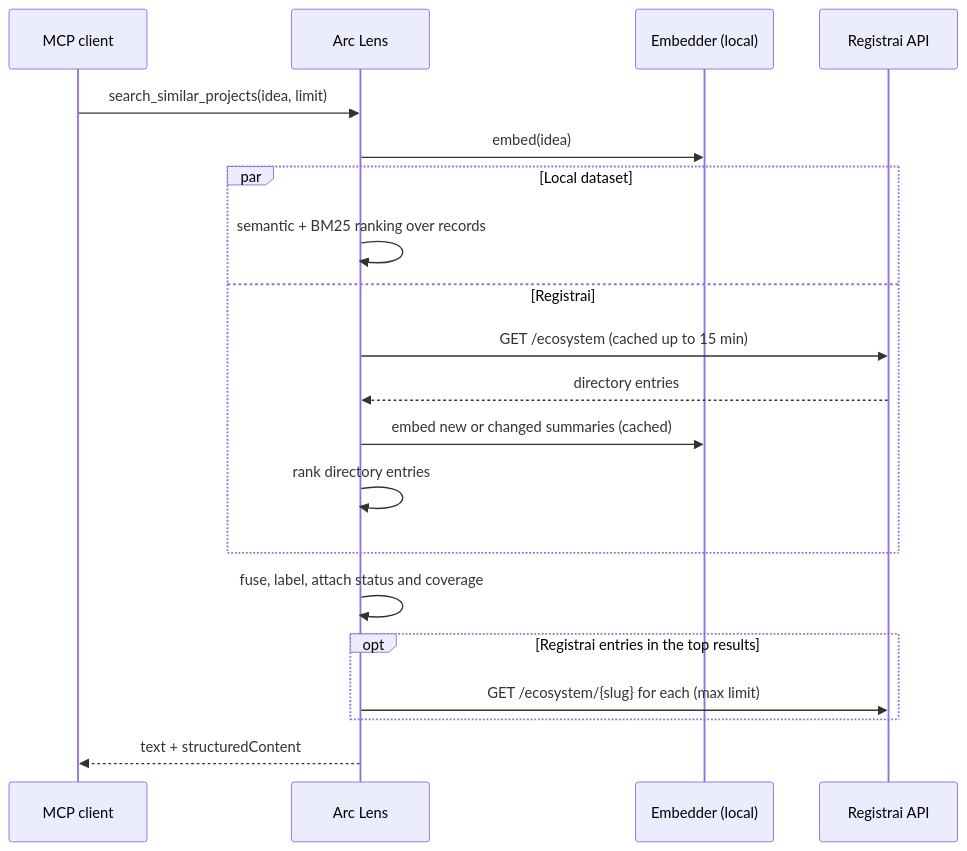
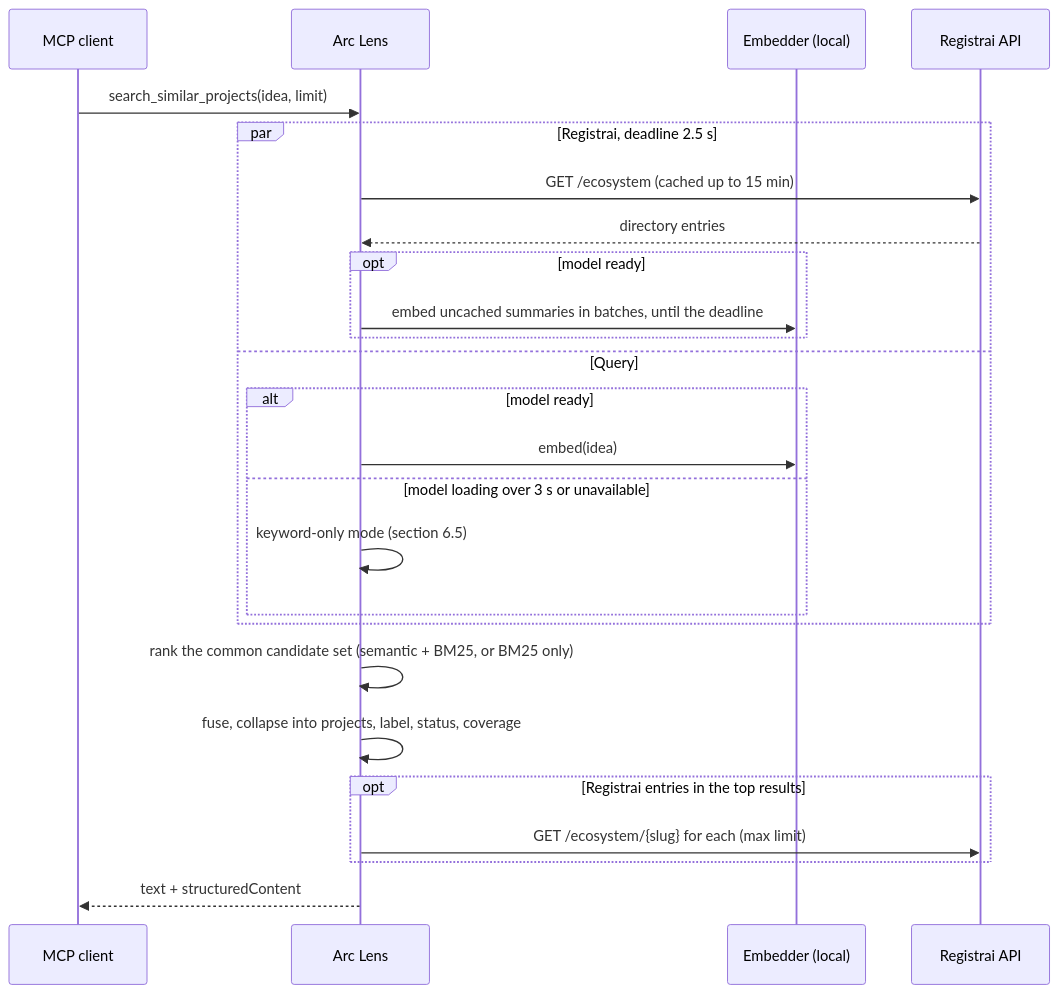
The fourth of 5 diagrams in docs/03-architecture.md (manucadev81/arc-lens), drawn with Mermaid before and after one commit. The commit also changed other lines of this file and 5 other files, not shown here.

Commit message:
Architecture: cross-source project identity and keyword-only fallback

````diff
--- a/docs/03-architecture.md
+++ b/docs/03-architecture.md
@@ -275,23 +320,28 @@
 ```mermaid
 sequenceDiagram
     participant C as MCP client
     participant S as Arc Lens
     participant E as Embedder (local)
     participant R as Registrai API
 
     C->>S: search_similar_projects(idea, limit)
-    S->>E: embed(idea)
-    par Local dataset
-        S->>S: semantic + BM25 ranking over records
-    and Registrai
+    par Registrai, deadline 2.5 s
         S->>R: GET /ecosystem (cached up to 15 min)
         R-->>S: directory entries
-        S->>E: embed new or changed summaries (cached)
-        S->>S: rank directory entries
+        opt model ready
+            S->>E: embed uncached summaries in batches, until the deadline
+        end
+    and Query
+        alt model ready
+            S->>E: embed(idea)
+        else model loading over 3 s or unavailable
+            S->>S: keyword-only mode (section 6.5)
+        end
     end
-    S->>S: fuse, label, attach status and coverage
+    S->>S: rank the common candidate set (semantic + BM25, or BM25 only)
+    S->>S: fuse, collapse into projects, label, status, coverage
     opt Registrai entries in the top results
         S->>R: GET /ecosystem/{slug} for each (max limit)
     end
     S-->>C: text + structuredContent
 ```
````
